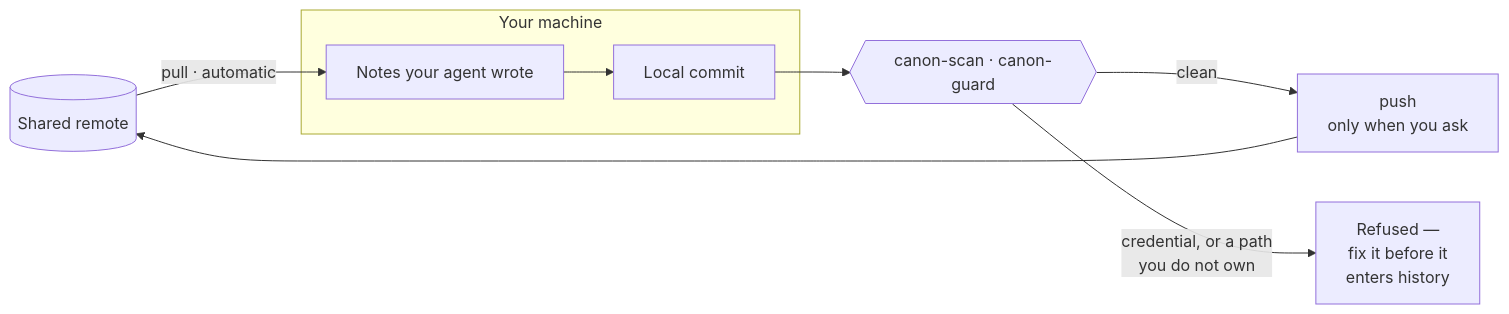
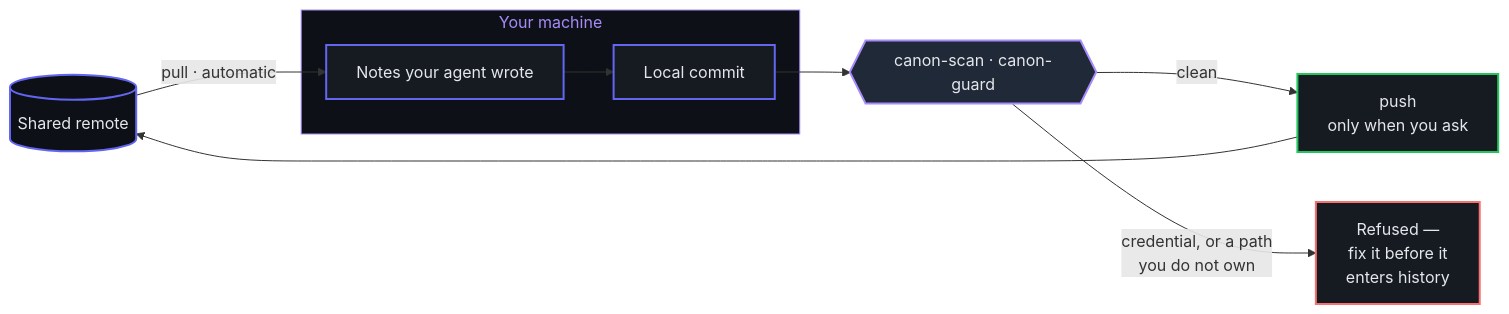
The second of 2 diagrams in README.md (Chris-Carruthers/canon), drawn with Mermaid before and after one commit. The commit also changed other lines of this file and 4 other files, not shown here.

````diff
--- a/README.md
+++ b/README.md
@@ -50,19 +162,31 @@
 ```mermaid
 flowchart LR
     RM[("Shared remote")]
     G{{"canon-scan · canon-guard"}}
     X["Refused —<br/>fix it before it<br/>enters history"]
     P["push<br/>only when you ask"]
 
     subgraph local["Your machine"]
         W["Notes your agent wrote"]
         C["Local commit"]
         W --> C
     end
 
     RM -->|"pull · automatic"| W
     C --> G
     G -->|"clean"| P
     G -->|"credential, or a path<br/>you do not own"| X
     P --> RM
+
+    classDef core fill:#161B22,stroke:#6366F1,stroke-width:2px,color:#E5E7EB
+    classDef store fill:#0D1117,stroke:#6366F1,stroke-width:2px,color:#E5E7EB
+    classDef gate fill:#1F2937,stroke:#A78BFA,stroke-width:2px,color:#E5E7EB
+    classDef good fill:#161B22,stroke:#22C55E,stroke-width:2px,color:#E5E7EB
+    classDef bad fill:#161B22,stroke:#F87171,stroke-width:2px,color:#E5E7EB
+    class W,C core
+    class RM store
+    class G gate
+    class P good
+    class X bad
+    style local fill:#0D1117,stroke:#A78BFA,stroke-width:1px,color:#A78BFA
 ```
````
